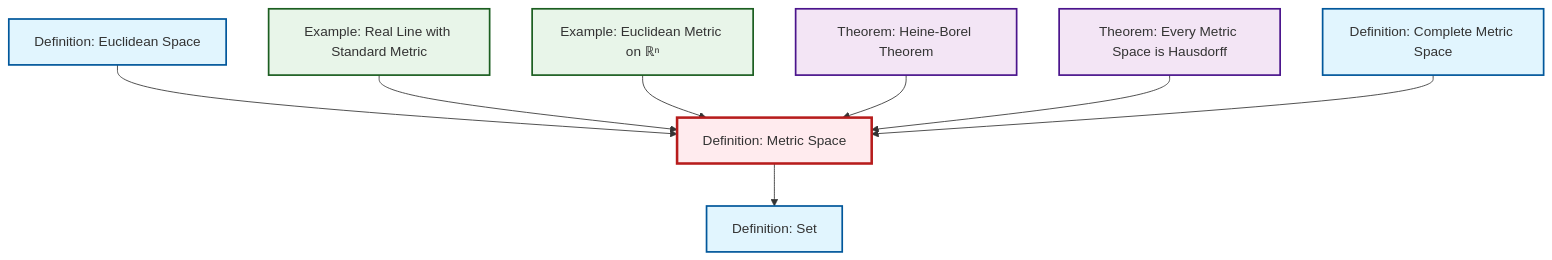
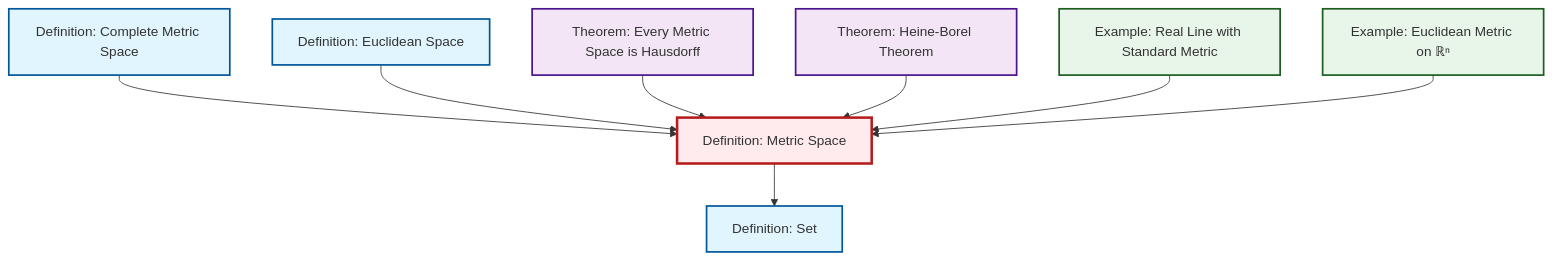
Before and after one commit to RK0429/ModernMath: the diagram in content/en/analysis/def-metric-space.qmd, drawn with Mermaid. The commit also changed other lines of this file and 434 other files, not shown here.

````diff
--- a/content/en/analysis/def-metric-space.qmd
+++ b/content/en/analysis/def-metric-space.qmd
@@ -50,32 +50,32 @@
 ```{mermaid}
 %%| fig-cap: "Local dependency graph"
 graph TD
     classDef definition fill:#e1f5fe,stroke:#01579b,stroke-width:2px
     classDef theorem fill:#f3e5f5,stroke:#4a148c,stroke-width:2px
     classDef axiom fill:#fff3e0,stroke:#e65100,stroke-width:2px
     classDef example fill:#e8f5e9,stroke:#1b5e20,stroke-width:2px
     classDef current fill:#ffebee,stroke:#b71c1c,stroke-width:3px
+    def-set["Definition: Set"]:::definition
+    def-complete-metric-space["Definition: Complete Metric Space"]:::definition
     def-euclidean-space["Definition: Euclidean Space"]:::definition
+    def-metric-space["Definition: Metric Space"]:::definition
+    thm-heine-borel["Theorem: Heine-Borel Theorem"]:::theorem
     ex-euclidean-metric["Example: Euclidean Metric on ℝⁿ"]:::example
+    ex-real-line-metric["Example: Real Line with Standard Metric"]:::example
     thm-metric-hausdorff["Theorem: Every Metric Space is Hausdorff"]:::theorem
-    def-complete-metric-space["Definition: Complete Metric Space"]:::definition
-    def-metric-space["Definition: Metric Space"]:::definition
-    def-set["Definition: Set"]:::definition
-    ex-real-line-metric["Example: Real Line with Standard Metric"]:::example
-    thm-heine-borel["Theorem: Heine-Borel Theorem"]:::theorem
+    def-complete-metric-space --> def-metric-space
     def-metric-space --> def-set
     def-euclidean-space --> def-metric-space
+    thm-metric-hausdorff --> def-metric-space
+    thm-heine-borel --> def-metric-space
     ex-real-line-metric --> def-metric-space
     ex-euclidean-metric --> def-metric-space
-    thm-heine-borel --> def-metric-space
-    thm-metric-hausdorff --> def-metric-space
-    def-complete-metric-space --> def-metric-space
     class def-metric-space current
+    click def-set "def-set.html" "Go to Set definition"
+    click def-complete-metric-space "def-complete-metric-space.html" "Go to Complete Metric Space definition"
     click def-euclidean-space "def-euclidean-space.html" "Go to Euclidean Space definition"
+    click thm-heine-borel "thm-heine-borel.html" "Go to Heine-Borel Theorem theorem"
     click ex-euclidean-metric "ex-euclidean-metric.html" "Go to Euclidean Metric on ℝⁿ example"
+    click ex-real-line-metric "ex-real-line-metric.html" "Go to Real Line with Standard Metric example"
     click thm-metric-hausdorff "thm-metric-hausdorff.html" "Go to Every Metric Space is Hausdorff theorem"
-    click def-complete-metric-space "def-complete-metric-space.html" "Go to Complete Metric Space definition"
-    click def-set "def-set.html" "Go to Set definition"
-    click ex-real-line-metric "ex-real-line-metric.html" "Go to Real Line with Standard Metric example"
-    click thm-heine-borel "thm-heine-borel.html" "Go to Heine-Borel Theorem theorem"
 ```
````
